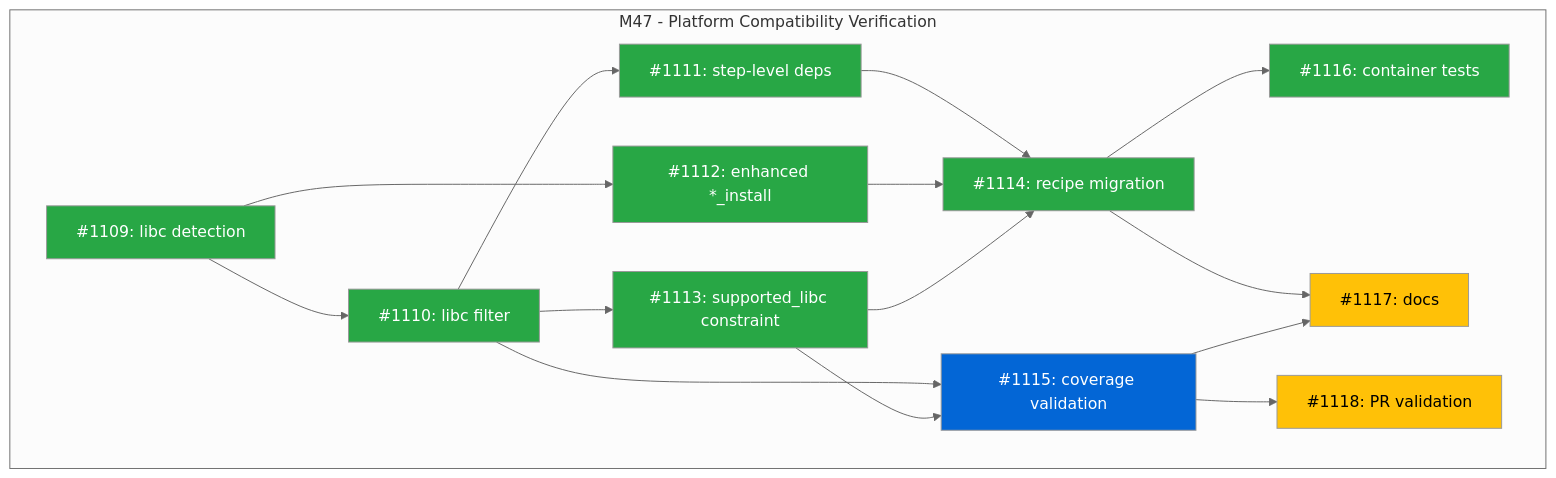
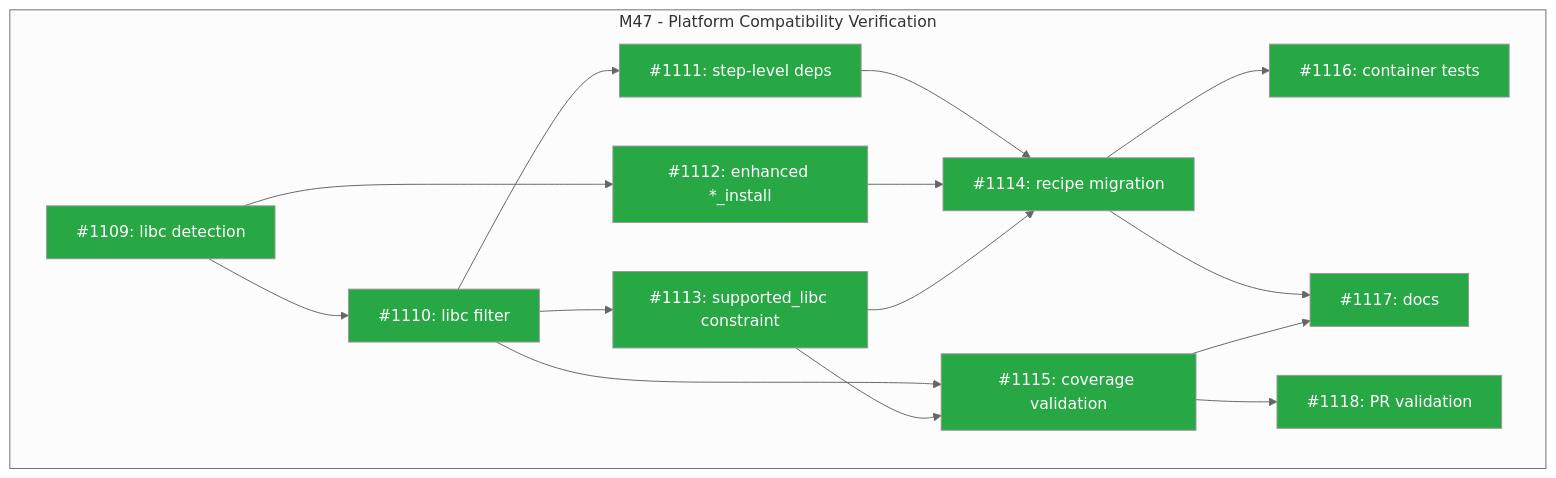
The diagram in docs/designs/DESIGN-platform-compatibility-verification.md (tsukumogami/tsuku), drawn with Mermaid (neutral theme) before and after one commit. The commit also changed 8 other files, not shown here.

First line of the commit message:
feat(recipe): add coverage validation, docs, and CI integration (#1141)

````diff
--- a/docs/designs/DESIGN-platform-compatibility-verification.md
+++ b/docs/designs/DESIGN-platform-compatibility-verification.md
@@ -29,34 +29,34 @@
 ```mermaid
 graph TD
     subgraph "M47 - Platform Compatibility Verification"
         I1109["#1109: libc detection"]:::done
         I1110["#1110: libc filter"]:::done
         I1111["#1111: step-level deps"]:::done
         I1112["#1112: enhanced *_install"]:::done
         I1113["#1113: supported_libc constraint"]:::done
         I1114["#1114: recipe migration"]:::done
-        I1115["#1115: coverage validation"]:::ready
+        I1115["#1115: coverage validation"]:::done
         I1116["#1116: container tests"]:::done
-        I1117["#1117: docs"]:::blocked
-        I1118["#1118: PR validation"]:::blocked
+        I1117["#1117: docs"]:::done
+        I1118["#1118: PR validation"]:::done
 
         I1109 --> I1110
         I1109 --> I1112
         I1110 --> I1111
         I1110 --> I1113
         I1110 --> I1115
         I1111 --> I1114
         I1112 --> I1114
         I1113 --> I1114
         I1113 --> I1115
         I1114 --> I1116
         I1114 --> I1117
         I1115 --> I1117
         I1115 --> I1118
     end
 
     classDef done fill:#28a745,color:#fff
     classDef ready fill:#0366d6,color:#fff
     classDef blocked fill:#ffc107,color:#000
     classDef needsDesign fill:#6f42c1,color:#fff
 ```
````
